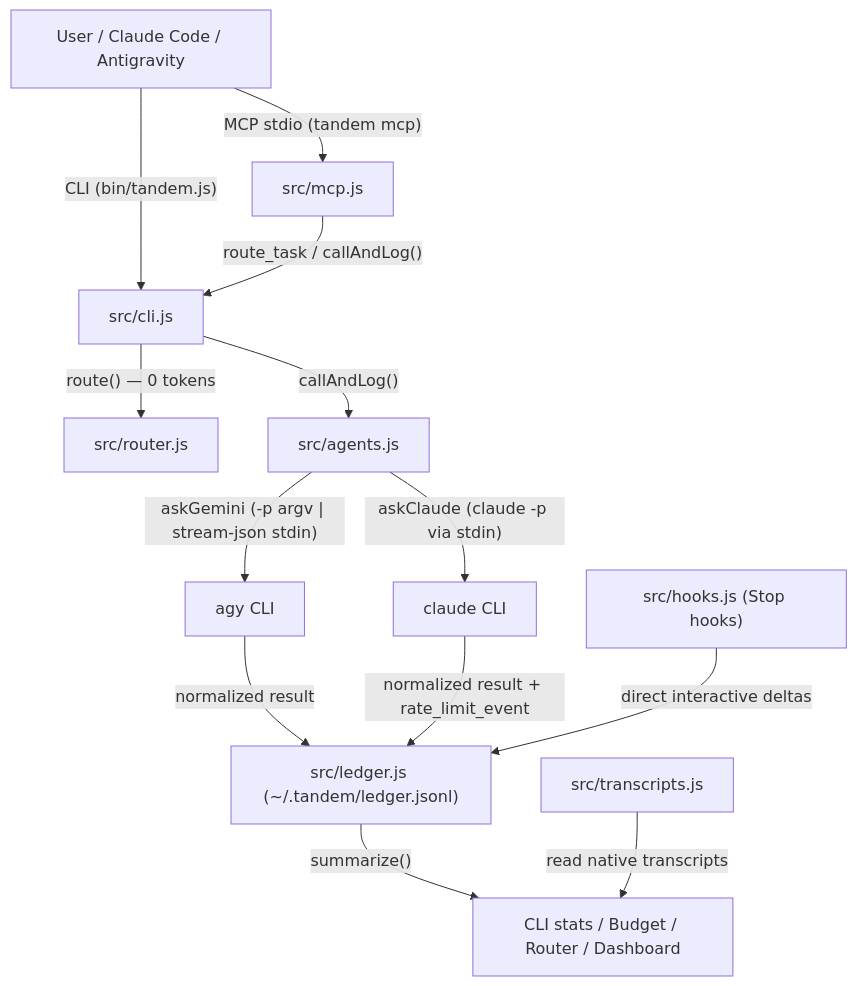
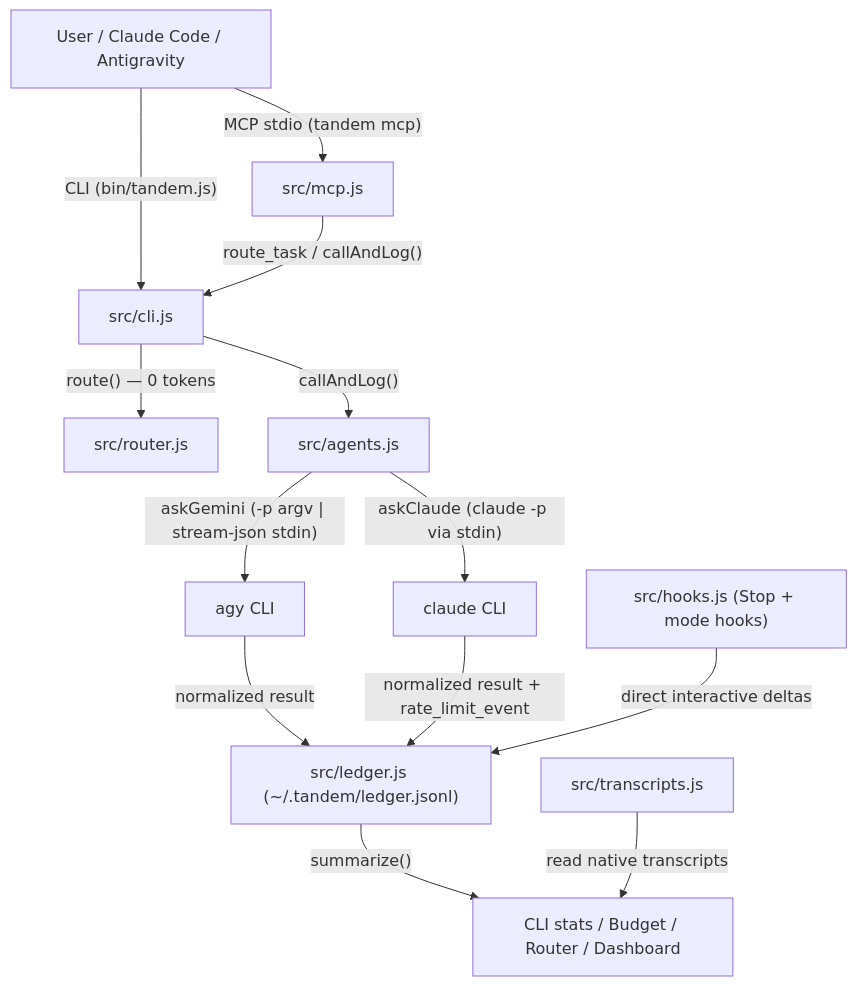
One commit to givewgun/multi-agents-pc changed the diagram in docs/ARCHITECTURE.md. Above: the diagram before and after it, drawn with Mermaid. The commit also changed other lines of this file and 11 other files, not shown here.

````diff
--- a/docs/ARCHITECTURE.md
+++ b/docs/ARCHITECTURE.md
@@ -5,20 +5,20 @@
 ```mermaid
 flowchart TD
   Caller["User / Claude Code / Antigravity"]
   Caller -- "CLI (bin/tandem.js)" --> CLI["src/cli.js"]
   Caller -- "MCP stdio (tandem mcp)" --> MCP["src/mcp.js"]
 
   CLI -- "route() — 0 tokens" --> Router["src/router.js"]
   MCP -- "route_task / callAndLog()" --> CLI
 
   CLI -- "callAndLog()" --> Agents["src/agents.js"]
   Agents -- "askGemini (-p argv | stream-json stdin)" --> Agy["agy CLI"]
   Agents -- "askClaude (claude -p via stdin)" --> Claude["claude CLI"]
 
   Agy -- "normalized result" --> Ledger["src/ledger.js (~/.tandem/ledger.jsonl)"]
   Claude -- "normalized result + rate_limit_event" --> Ledger
-  Hooks["src/hooks.js (Stop hooks)"] -- "direct interactive deltas" --> Ledger
+  Hooks["src/hooks.js (Stop + mode hooks)"] -- "direct interactive deltas" --> Ledger
 
   Ledger -- "summarize()" --> Consumers["CLI stats / Budget / Router / Dashboard"]
   Transcripts["src/transcripts.js"] -- "read native transcripts" --> Consumers
 ```
````
